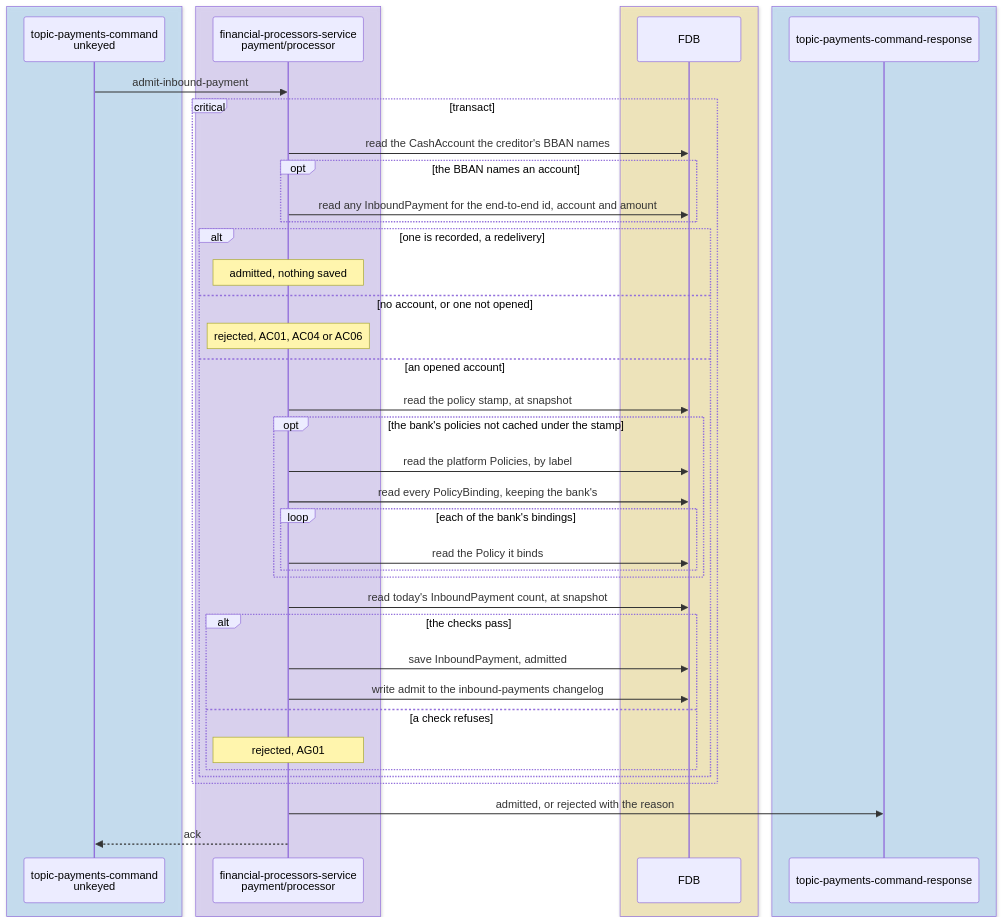
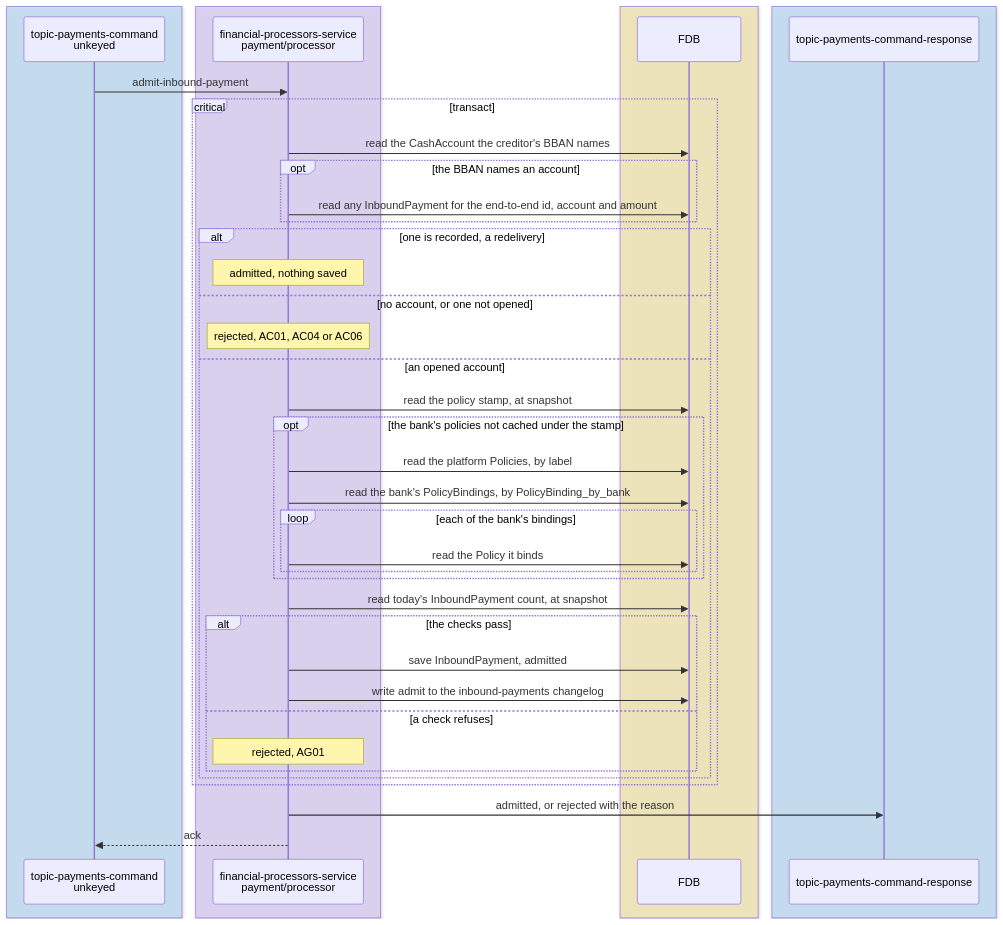
The tenth of 15 diagrams in docs/tdd/payments-inbound.md (repldriven/queenswood), drawn with Mermaid before and after one commit. The commit also changed other lines of this file and 2 other files, not shown here.

Commit message:
Draw the payment flows' snapshot row reads, pre-loads, cached bank read, binding index and reconcile outcomes

````diff
--- a/docs/tdd/payments-inbound.md
+++ b/docs/tdd/payments-inbound.md
@@ -539,45 +544,45 @@
 ```mermaid
 sequenceDiagram
     box rgba(165, 216, 255, 0.45)
     participant PC as topic-payments-command<br/>unkeyed
     end
     box rgba(208, 191, 255, 0.45)
     participant PP as financial-processors-service<br/>payment/processor
     end
     box rgba(255, 236, 153, 0.5)
     participant DB as FDB
     end
     box rgba(165, 216, 255, 0.45)
     participant PS as topic-payments-command-response
     end
     PC->>PP: admit-inbound-payment
     critical transact
     PP->>DB: read the CashAccount the creditor's BBAN names
     opt the BBAN names an account
     PP->>DB: read any InboundPayment for the end-to-end id, account and amount
     end
     alt one is recorded, a redelivery
     Note over PP: admitted, nothing saved
     else no account, or one not opened
     Note over PP: rejected, AC01, AC04 or AC06
     else an opened account
     PP->>DB: read the policy stamp, at snapshot
     opt the bank's policies not cached under the stamp
     PP->>DB: read the platform Policies, by label
-    PP->>DB: read every PolicyBinding, keeping the bank's
+    PP->>DB: read the bank's PolicyBindings, by PolicyBinding_by_bank
     loop each of the bank's bindings
     PP->>DB: read the Policy it binds
     end
     end
     PP->>DB: read today's InboundPayment count, at snapshot
     alt the checks pass
     PP->>DB: save InboundPayment, admitted
     PP->>DB: write admit to the inbound-payments changelog
     else a check refuses
     Note over PP: rejected, AG01
     end
     end
     end
     PP->>PS: admitted, or rejected with the reason
     PP-->>PC: ack
 ```
````
